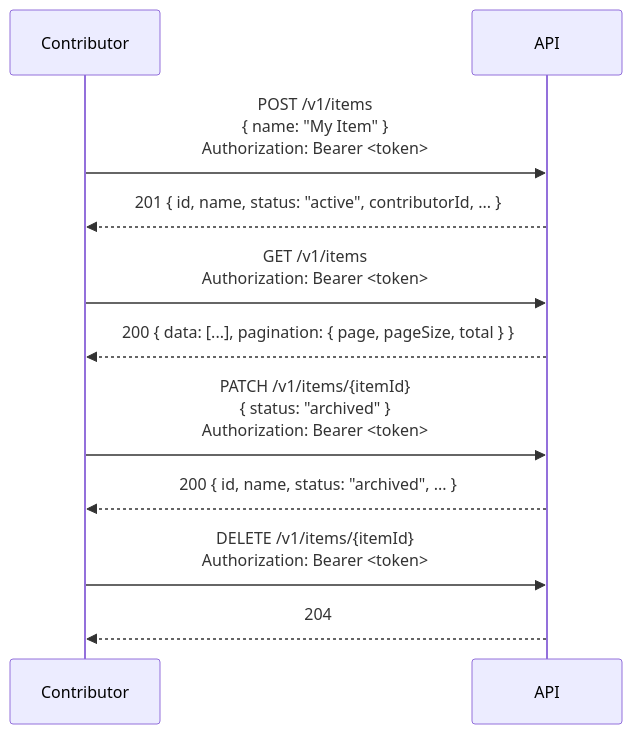
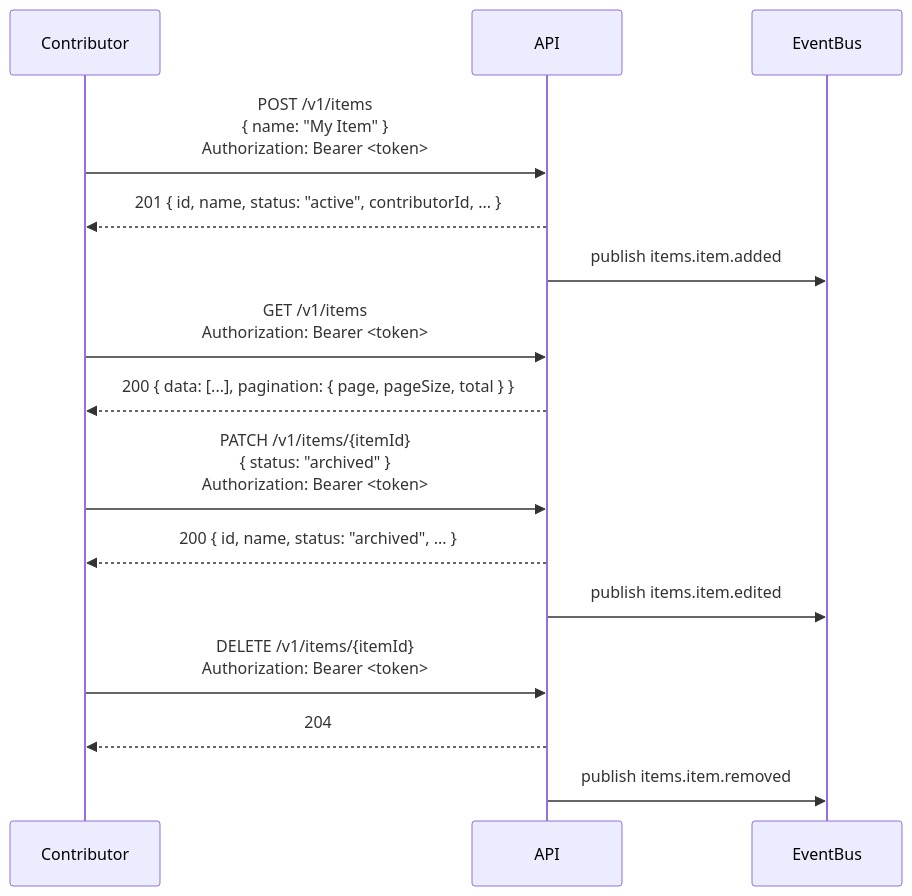
Before and after one commit to dataGriff/domain-api-template: the second of 5 diagrams in docs/specifications/sequence-diagrams.md, drawn with Mermaid. The commit also changed other lines of this file and 25 other files, not shown here.

````diff
--- a/docs/specifications/sequence-diagrams.md
+++ b/docs/specifications/sequence-diagrams.md
@@ -26,17 +27,21 @@
 ```mermaid
 sequenceDiagram
     participant Contributor
     participant API
+    participant EventBus
 
     Contributor->>API: POST /v1/items<br/>{ name: "My Item" }<br/>Authorization: Bearer <token>
     API-->>Contributor: 201 { id, name, status: "active", contributorId, ... }
+    API->>EventBus: publish items.item.added
 
     Contributor->>API: GET /v1/items<br/>Authorization: Bearer <token>
     API-->>Contributor: 200 { data: [...], pagination: { page, pageSize, total } }
 
     Contributor->>API: PATCH /v1/items/{itemId}<br/>{ status: "archived" }<br/>Authorization: Bearer <token>
     API-->>Contributor: 200 { id, name, status: "archived", ... }
+    API->>EventBus: publish items.item.edited
 
     Contributor->>API: DELETE /v1/items/{itemId}<br/>Authorization: Bearer <token>
     API-->>Contributor: 204
+    API->>EventBus: publish items.item.removed
 ```
````
